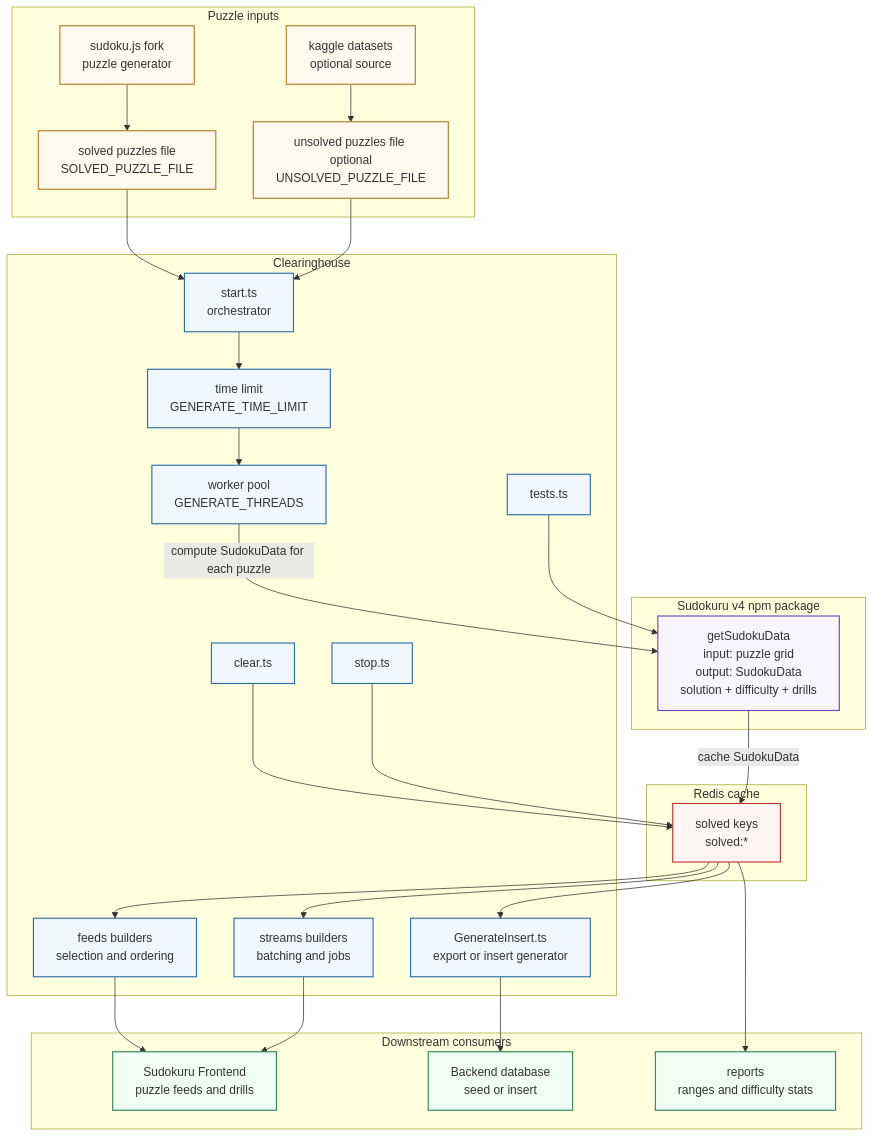
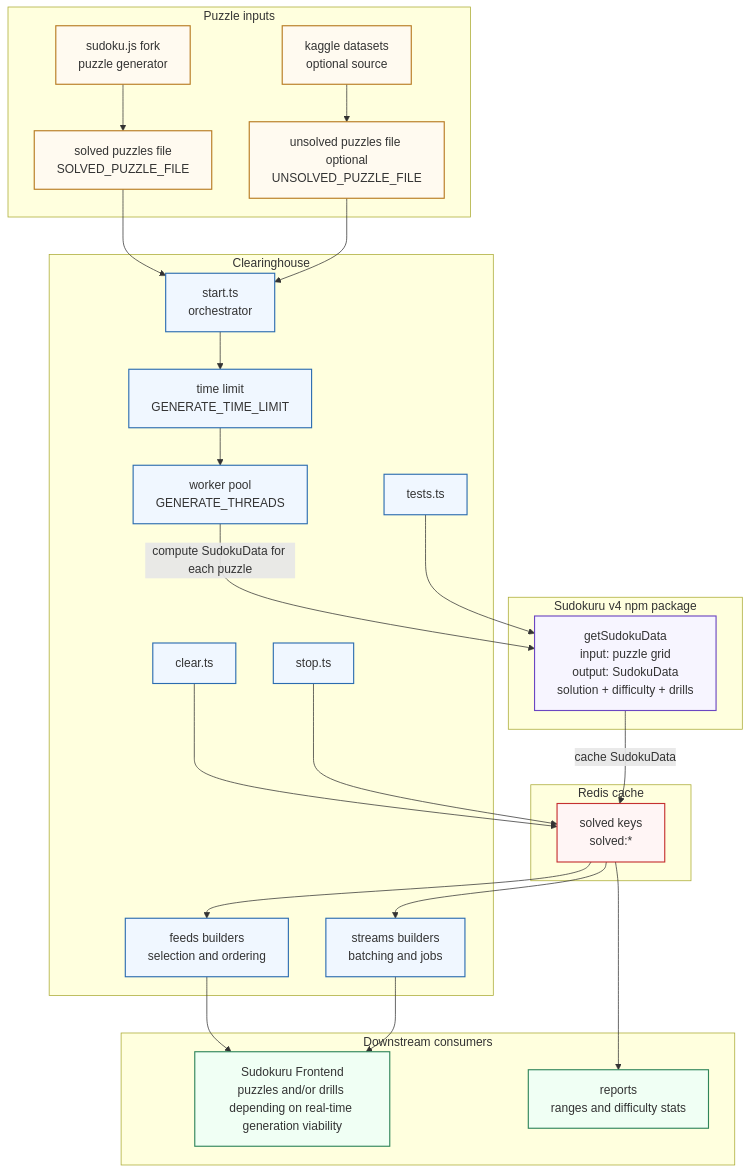
One commit to Sudokuru/Sudokuru changed the second of 2 diagrams in V4/PLAN.md. Above: the diagram before and after it, drawn with Mermaid.

Commit message:
Finished cleaning up diagram

````diff
--- a/V4/PLAN.md
+++ b/V4/PLAN.md
@@ -420,82 +420,77 @@
 ```mermaid
 flowchart TB
   %% =========================
   %% Clearinghouse -> Sudokuru v4 integration map
   %% Simplified: Clearinghouse primarily calls getSudokuData
   %% =========================
 
   subgraph DS[Puzzle inputs]
     SOLVED[solved puzzles file<br/>SOLVED_PUZZLE_FILE]
     UNSOLVED[unsolved puzzles file optional<br/>UNSOLVED_PUZZLE_FILE]
     GEN[sudoku.js fork<br/>puzzle generator]
     KAG[kaggle datasets<br/>optional source]
   end
 
   subgraph CH[Clearinghouse]
     START[start.ts<br/>orchestrator]
     WORK[worker pool<br/>GENERATE_THREADS]
     TIMER[time limit<br/>GENERATE_TIME_LIMIT]
     TESTS[tests.ts]
     CLEAR[clear.ts]
     STOP[stop.ts]
-    EXPORT[GenerateInsert.ts<br/>export or insert generator]
     FEEDS[feeds builders<br/>selection and ordering]
     STREAMS[streams builders<br/>batching and jobs]
   end
 
   subgraph V4[Sudokuru v4 npm package]
     API[getSudokuData<br/>input: puzzle grid<br/>output: SudokuData<br/>solution + difficulty + drills]
   end
 
   subgraph REDIS[Redis cache]
     KEY[solved keys<br/>solved:*]
   end
 
   subgraph OUT[Downstream consumers]
-    FRONTEND[Sudokuru Frontend<br/>puzzle feeds and drills]
-    DB[Backend database<br/>seed or insert]
+    FRONTEND[Sudokuru Frontend<br/>puzzles and/or drills depending on real-time generation viability]
     REPORT[reports<br/>ranges and difficulty stats]
   end
 
   %% Data origin
   GEN --> SOLVED
   KAG --> UNSOLVED
 
   %% Orchestration
   SOLVED --> START
   UNSOLVED --> START
   START --> TIMER
   TIMER --> WORK
 
   %% Primary v4 usage
   WORK -->|compute SudokuData for each puzzle| API
 
   %% Storage + outputs
   API -->|cache SudokuData| KEY
   KEY --> FEEDS
   KEY --> STREAMS
-  KEY --> EXPORT
-
   FEEDS --> FRONTEND
   STREAMS --> FRONTEND
-  EXPORT --> DB
   KEY --> REPORT
 
   %% Operational scripts
   TESTS --> API
   CLEAR --> KEY
   STOP --> KEY
 
   %% Styling
   classDef ch fill:#f0f7ff,stroke:#2b6cb0,stroke-width:1.5px;
   classDef v4 fill:#f7f5ff,stroke:#6b46c1,stroke-width:1.5px;
   classDef ds fill:#fffaf0,stroke:#b7791f,stroke-width:1.5px;
   classDef out fill:#f0fff4,stroke:#2f855a,stroke-width:1.5px;
   classDef redis fill:#fff5f5,stroke:#c53030,stroke-width:1.5px;
 
-  class START,WORK,TIMER,TESTS,CLEAR,STOP,EXPORT,FEEDS,STREAMS ch;
+  class START,WORK,TIMER,TESTS,CLEAR,STOP,FEEDS,STREAMS ch;
   class API v4;
   class SOLVED,UNSOLVED,GEN,KAG ds;
-  class FRONTEND,DB,REPORT out;
+  class FRONTEND,REPORT out;
   class KEY redis;
 ```
````
